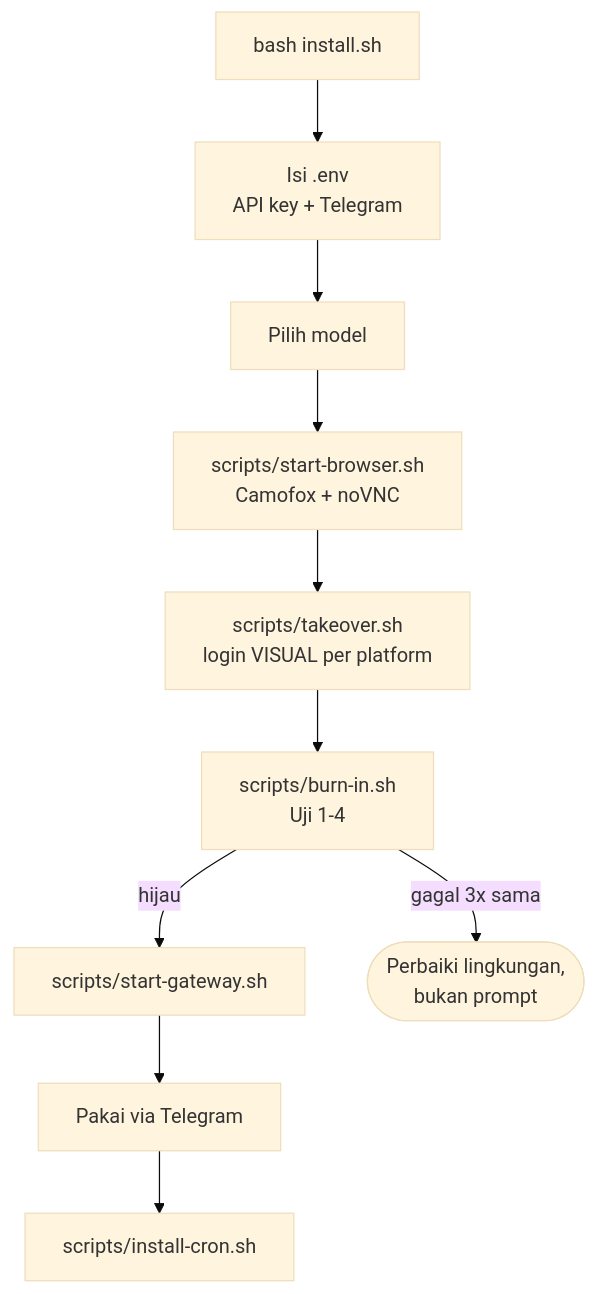
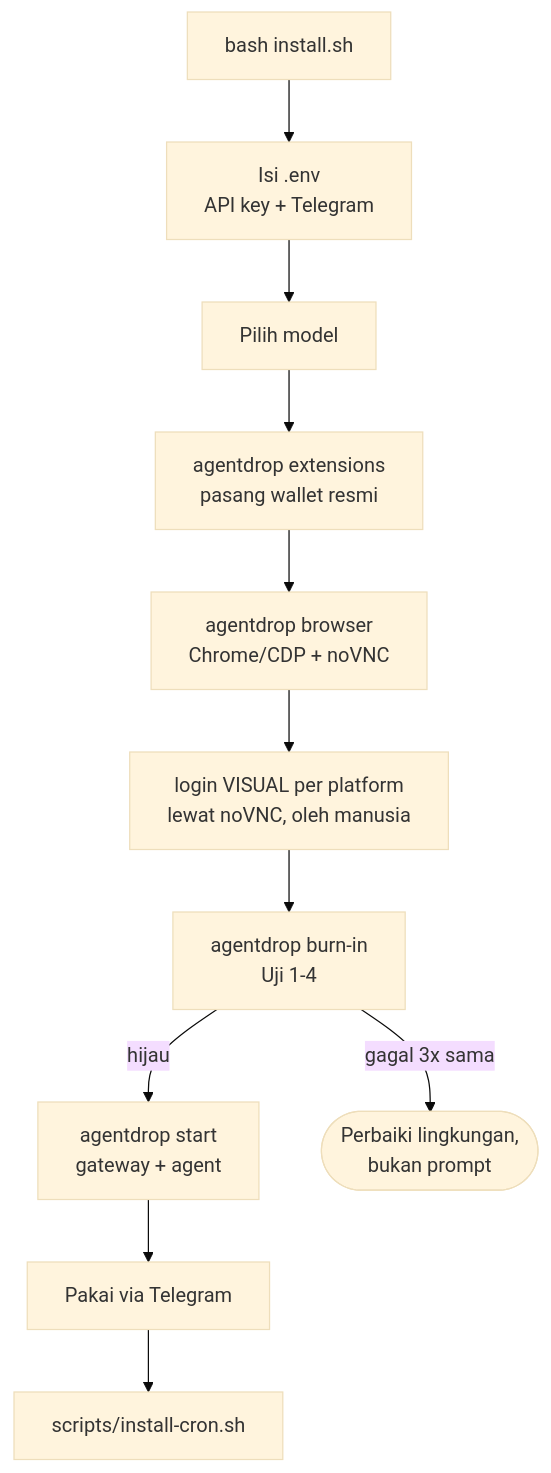
One commit to Scryptexai/AgentDrop changed the sixth of 6 diagrams in docs/arsitektur-alur.md. Above: the diagram before and after it, drawn with Mermaid (base theme). The commit also changed other lines of this file and 22 other files, not shown here.

````diff
--- a/docs/arsitektur-alur.md
+++ b/docs/arsitektur-alur.md
@@ -210,12 +212,13 @@
 ```mermaid
 flowchart TD
     I["bash install.sh"] --> E["Isi .env<br/>API key + Telegram"]
     E --> M["Pilih model"]
-    M --> SB["scripts/start-browser.sh<br/>Camofox + noVNC"]
-    SB --> LG["scripts/takeover.sh<br/>login VISUAL per platform"]
-    LG --> BI["scripts/burn-in.sh<br/>Uji 1-4"]
-    BI -->|hijau| G["scripts/start-gateway.sh"]
+    M --> SB["agentdrop extensions<br/>pasang wallet resmi"]
+    SB --> BC["agentdrop browser<br/>Chrome/CDP + noVNC"]
+    BC --> LG["login VISUAL per platform<br/>lewat noVNC, oleh manusia"]
+    LG --> BI["agentdrop burn-in<br/>Uji 1-4"]
+    BI -->|hijau| G["agentdrop start<br/>gateway + agent"]
     BI -->|"gagal 3x sama"| FIX(["Perbaiki lingkungan,<br/>bukan prompt"])
     G --> USE["Pakai via Telegram"]
     USE --> CR["scripts/install-cron.sh"]
 ```
````
